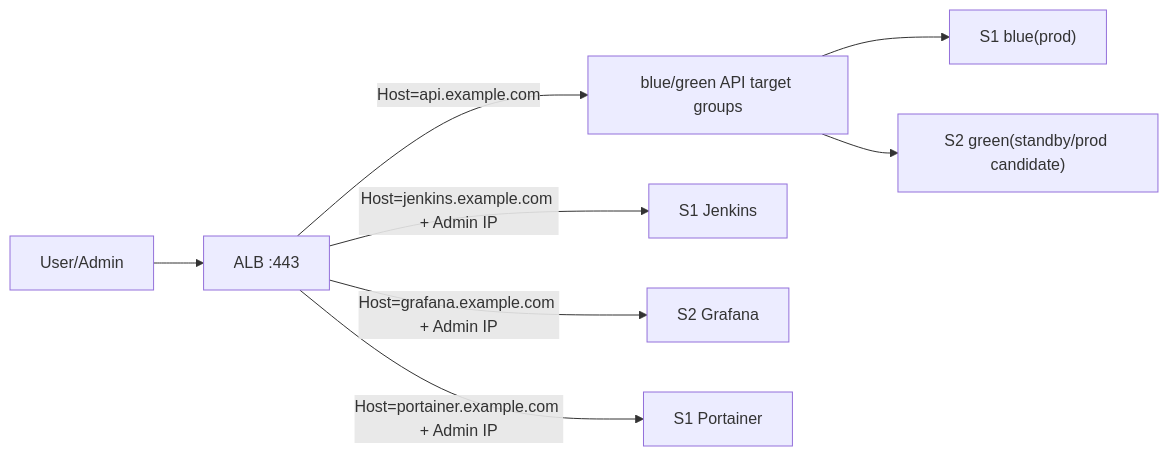
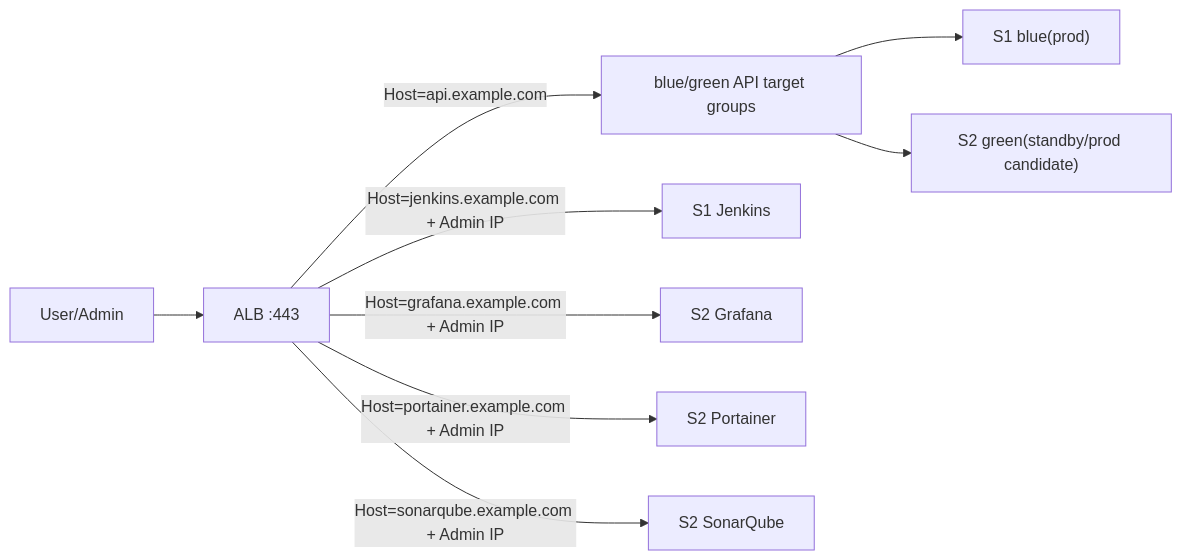
Before and after one commit to busaneumgil/busaneumgil: the second of 2 diagrams in Docs/인프라/2026-04-20_AWS_인프라_설계안.md, drawn with Mermaid. The commit also changed other lines of this file and 5 other files, not shown here.

````diff
--- a/Docs/인프라/2026-04-20_AWS_인프라_설계안.md
+++ b/Docs/인프라/2026-04-20_AWS_인프라_설계안.md
@@ -288,12 +301,13 @@
 ```mermaid
 flowchart LR
     U["User/Admin"] --> ALB["ALB :443"]
 
     ALB -->|"Host=api.example.com"| API["blue/green API target groups"]
     ALB -->|"Host=jenkins.example.com + Admin IP"| JENKINS["S1 Jenkins"]
     ALB -->|"Host=grafana.example.com + Admin IP"| GRAFANA["S2 Grafana"]
-    ALB -->|"Host=portainer.example.com + Admin IP"| PORTAINER["S1 Portainer"]
+    ALB -->|"Host=portainer.example.com + Admin IP"| PORTAINER["S2 Portainer"]
+    ALB -->|"Host=sonarqube.example.com + Admin IP"| SONAR["S2 SonarQube"]
 
     API --> S1["S1 blue(prod)"]
     API --> S2["S2 green(standby/prod candidate)"]
 ```
````
